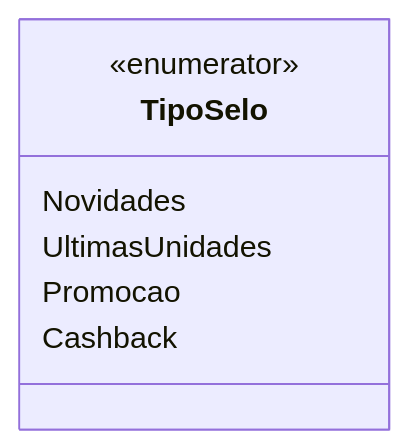
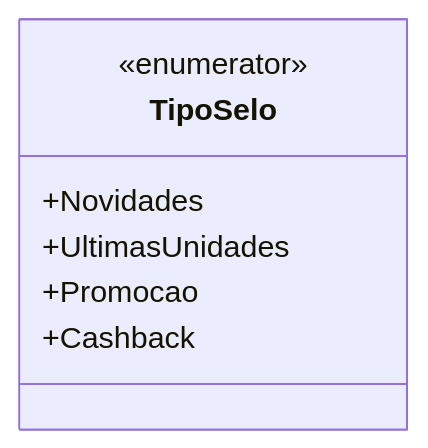
One commit to IsthmusSistemas/documentacao-tecnica changed the diagram in docs/b2b-dominio/IsthmusWinthor.Nucleo/IsthmusWinthor.Dominio/Enumeradores/TipoSelo.md. Above: the diagram before and after it, drawn with Mermaid. The commit also changed other lines of this file and 882 other files, not shown here.

````diff
--- a/docs/b2b-dominio/IsthmusWinthor.Nucleo/IsthmusWinthor.Dominio/Enumeradores/TipoSelo.md
+++ b/docs/b2b-dominio/IsthmusWinthor.Nucleo/IsthmusWinthor.Dominio/Enumeradores/TipoSelo.md
@@ -12,10 +11,10 @@
 ```mermaid
 classDiagram
     class TipoSelo {
         <<enumerator>>
-        Novidades
-        UltimasUnidades
-        Promocao
-        Cashback
+        +Novidades
+        +UltimasUnidades
+        +Promocao
+        +Cashback
     }
 ```
````
